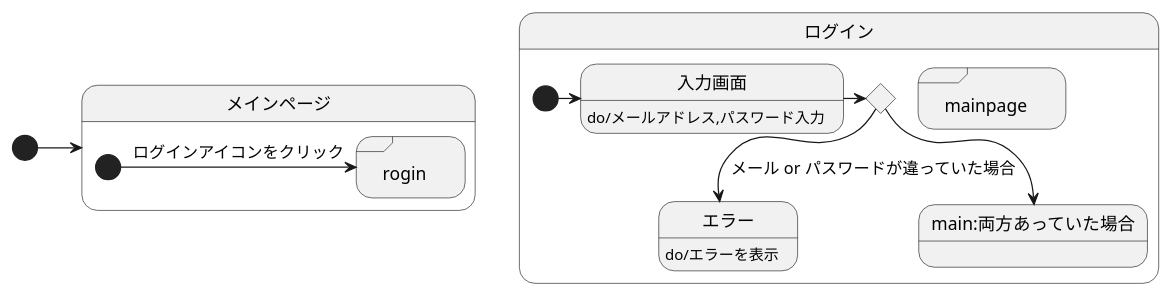
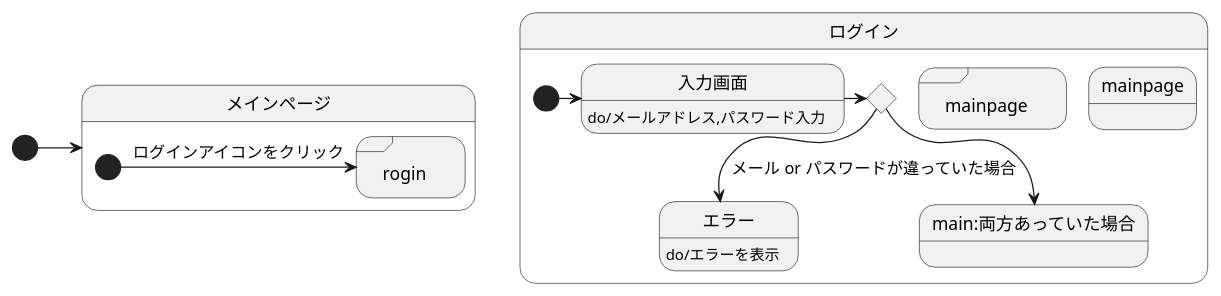
One commit to akutori/T-D-E changed the diagram in UML.md. Above: the diagram before and after it, drawn with PlantUML.

````diff
--- a/UML.md
+++ b/UML.md
@@ -1,23 +1,24 @@
 ```uml
 @startuml
 [*]->メインページ
 state メインページ{
 state "rogin" <<sdlreceive>> 
 state rogin
     [*]-> rogin : ログインアイコンをクリック
 }
 
 
 state ログイン{
 state input <<choice>>
 state "mainpage" as main <<sdlreceive>>
+state mainpage
 入力画面:do/メールアドレス,パスワード入力
 エラー:do/エラーを表示
     [*]-> 入力画面
     入力画面->input
 
     input -->エラー:メール or パスワードが違っていた場合
     input --> main:両方あっていた場合
 }
 @enduml
 ```
````
